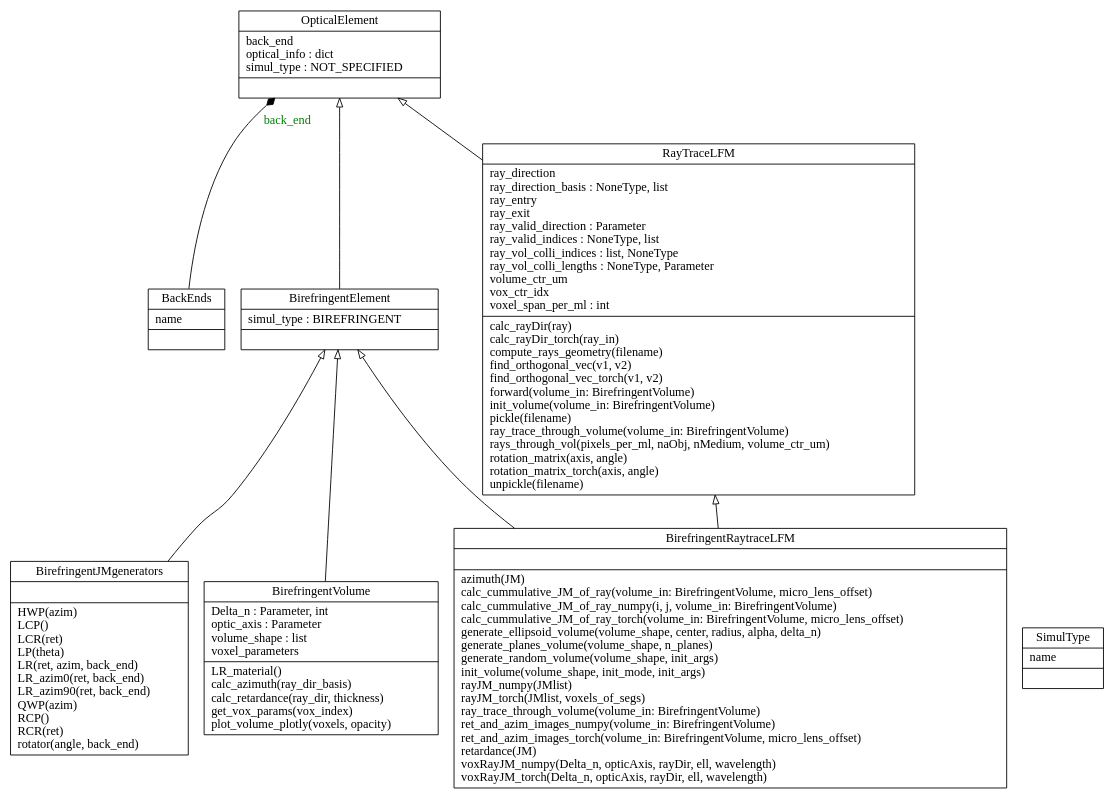
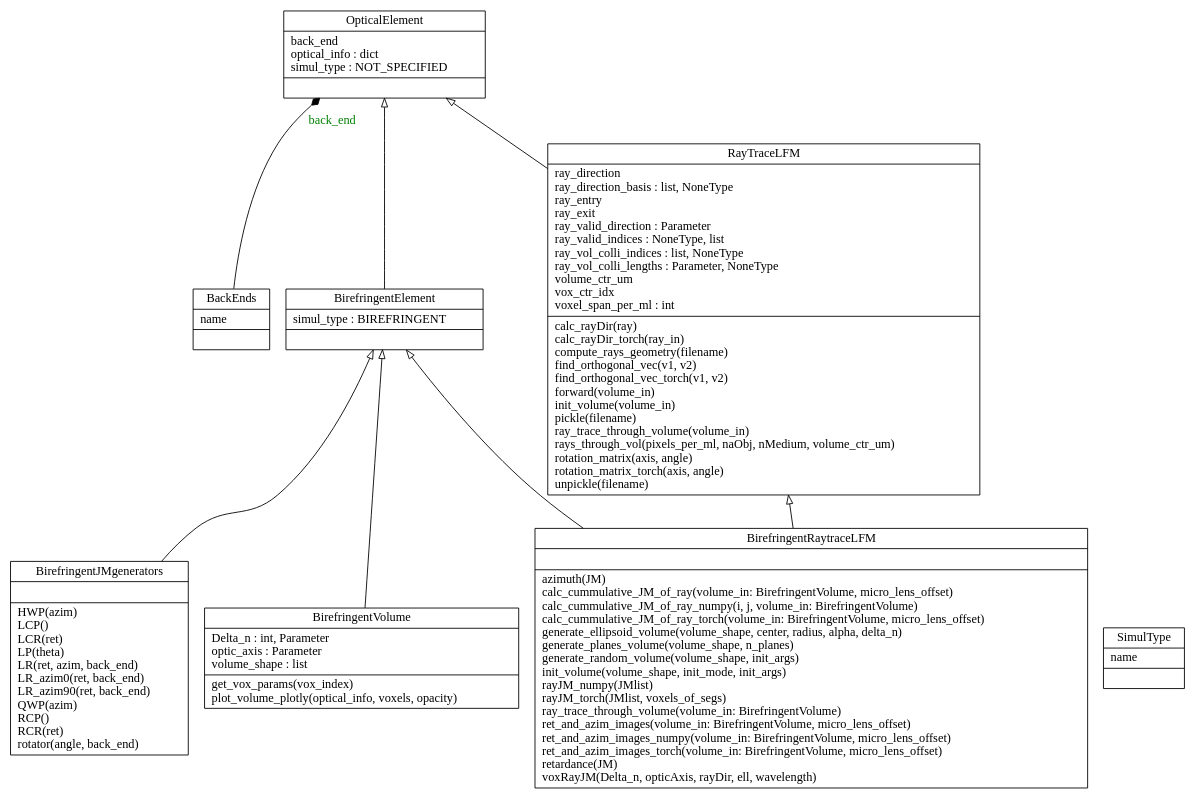
The diagram in classes.dot (PolarizedLightFieldMicroscopy/BirTomo), drawn with Graphviz before and after one commit. The commit also changed 2 other files, not shown here.

Commit message:
Moved azimuth and ret functions from BirefringentVolume to BirefringentRaytraceLFM

```diff
--- a/classes.dot
+++ b/classes.dot
@@ -1,19 +1,19 @@
 digraph "classes" {
 rankdir=BT
 charset="utf-8"
 "VolumeRaytraceLFM.abstract_classes.BackEnds" [color="black", fontcolor="black", label="{BackEnds|name\l|}", shape="record", style="solid"];
-"VolumeRaytraceLFM.abstract_classes.BirefringentElement" [color="black", fontcolor="black", label="{BirefringentElement|simul_type : BIREFRINGENT\l|}", shape="record", style="solid"];
-"VolumeRaytraceLFM.abstract_classes.BirefringentJMgenerators" [color="black", fontcolor="black", label="{BirefringentJMgenerators|\l|HWP(azim)\lLCP()\lLCR(ret)\lLP(theta)\lLR(ret, azim, back_end)\lLR_azim0(ret, back_end)\lLR_azim90(ret, back_end)\lQWP(azim)\lRCP()\lRCR(ret)\lrotator(angle, back_end)\l}", shape="record", style="solid"];
-"VolumeRaytraceLFM.birefringence_implementations.BirefringentRaytraceLFM" [color="black", fontcolor="black", label="{BirefringentRaytraceLFM|\l|azimuth(JM)\lcalc_cummulative_JM_of_ray(volume_in: BirefringentVolume, micro_lens_offset)\lcalc_cummulative_JM_of_ray_numpy(i, j, volume_in: BirefringentVolume)\lcalc_cummulative_JM_of_ray_torch(volume_in: BirefringentVolume, micro_lens_offset)\lgenerate_ellipsoid_volume(volume_shape, center, radius, alpha, delta_n)\lgenerate_planes_volume(volume_shape, n_planes)\lgenerate_random_volume(volume_shape, init_args)\linit_volume(volume_shape, init_mode, init_args)\lrayJM_numpy(JMlist)\lrayJM_torch(JMlist, voxels_of_segs)\lray_trace_through_volume(volume_in: BirefringentVolume)\lret_and_azim_images_numpy(volume_in: BirefringentVolume)\lret_and_azim_images_torch(volume_in: BirefringentVolume, micro_lens_offset)\lretardance(JM)\lvoxRayJM_numpy(Delta_n, opticAxis, rayDir, ell, wavelength)\lvoxRayJM_torch(Delta_n, opticAxis, rayDir, ell, wavelength)\l}", shape="record", style="solid"];
-"VolumeRaytraceLFM.abstract_classes.BirefringentVolume" [color="black", fontcolor="black", label="{BirefringentVolume|Delta_n : Parameter, int\loptic_axis : Parameter\lvolume_shape : list\lvoxel_parameters\l|LR_material()\lcalc_azimuth(ray_dir_basis)\lcalc_retardance(ray_dir, thickness)\lget_vox_params(vox_index)\lplot_volume_plotly(voxels, opacity)\l}", shape="record", style="solid"];
+"VolumeRaytraceLFM.birefringence_implementations.BirefringentElement" [color="black", fontcolor="black", label="{BirefringentElement|simul_type : BIREFRINGENT\l|}", shape="record", style="solid"];
+"VolumeRaytraceLFM.birefringence_implementations.BirefringentJMgenerators" [color="black", fontcolor="black", label="{BirefringentJMgenerators|\l|HWP(azim)\lLCP()\lLCR(ret)\lLP(theta)\lLR(ret, azim, back_end)\lLR_azim0(ret, back_end)\lLR_azim90(ret, back_end)\lQWP(azim)\lRCP()\lRCR(ret)\lrotator(angle, back_end)\l}", shape="record", style="solid"];
+"VolumeRaytraceLFM.birefringence_implementations.BirefringentRaytraceLFM" [color="black", fontcolor="black", label="{BirefringentRaytraceLFM|\l|azimuth(JM)\lcalc_cummulative_JM_of_ray(volume_in: BirefringentVolume, micro_lens_offset)\lcalc_cummulative_JM_of_ray_numpy(i, j, volume_in: BirefringentVolume)\lcalc_cummulative_JM_of_ray_torch(volume_in: BirefringentVolume, micro_lens_offset)\lgenerate_ellipsoid_volume(volume_shape, center, radius, alpha, delta_n)\lgenerate_planes_volume(volume_shape, n_planes)\lgenerate_random_volume(volume_shape, init_args)\linit_volume(volume_shape, init_mode, init_args)\lrayJM_numpy(JMlist)\lrayJM_torch(JMlist, voxels_of_segs)\lray_trace_through_volume(volume_in: BirefringentVolume)\lret_and_azim_images(volume_in: BirefringentVolume, micro_lens_offset)\lret_and_azim_images_numpy(volume_in: BirefringentVolume, micro_lens_offset)\lret_and_azim_images_torch(volume_in: BirefringentVolume, micro_lens_offset)\lretardance(JM)\lvoxRayJM(Delta_n, opticAxis, rayDir, ell, wavelength)\l}", shape="record", style="solid"];
+"VolumeRaytraceLFM.birefringence_implementations.BirefringentVolume" [color="black", fontcolor="black", label="{BirefringentVolume|Delta_n : int, Parameter\loptic_axis : Parameter\lvolume_shape : list\l|get_vox_params(vox_index)\lplot_volume_plotly(optical_info, voxels, opacity)\l}", shape="record", style="solid"];
 "VolumeRaytraceLFM.abstract_classes.OpticalElement" [color="black", fontcolor="black", label="{OpticalElement|back_end\loptical_info : dict\lsimul_type : NOT_SPECIFIED\l|}", shape="record", style="solid"];
-"VolumeRaytraceLFM.abstract_classes.RayTraceLFM" [color="black", fontcolor="black", label="{RayTraceLFM|ray_direction\lray_direction_basis : NoneType, list\lray_entry\lray_exit\lray_valid_direction : Parameter\lray_valid_indices : NoneType, list\lray_vol_colli_indices : list, NoneType\lray_vol_colli_lengths : NoneType, Parameter\lvolume_ctr_um\lvox_ctr_idx\lvoxel_span_per_ml : int\l|calc_rayDir(ray)\lcalc_rayDir_torch(ray_in)\lcompute_rays_geometry(filename)\lfind_orthogonal_vec(v1, v2)\lfind_orthogonal_vec_torch(v1, v2)\lforward(volume_in: BirefringentVolume)\linit_volume(volume_in: BirefringentVolume)\lpickle(filename)\lray_trace_through_volume(volume_in: BirefringentVolume)\lrays_through_vol(pixels_per_ml, naObj, nMedium, volume_ctr_um)\lrotation_matrix(axis, angle)\lrotation_matrix_torch(axis, angle)\lunpickle(filename)\l}", shape="record", style="solid"];
+"VolumeRaytraceLFM.abstract_classes.RayTraceLFM" [color="black", fontcolor="black", label="{RayTraceLFM|ray_direction\lray_direction_basis : list, NoneType\lray_entry\lray_exit\lray_valid_direction : Parameter\lray_valid_indices : NoneType, list\lray_vol_colli_indices : list, NoneType\lray_vol_colli_lengths : Parameter, NoneType\lvolume_ctr_um\lvox_ctr_idx\lvoxel_span_per_ml : int\l|calc_rayDir(ray)\lcalc_rayDir_torch(ray_in)\lcompute_rays_geometry(filename)\lfind_orthogonal_vec(v1, v2)\lfind_orthogonal_vec_torch(v1, v2)\lforward(volume_in)\linit_volume(volume_in)\lpickle(filename)\lray_trace_through_volume(volume_in)\lrays_through_vol(pixels_per_ml, naObj, nMedium, volume_ctr_um)\lrotation_matrix(axis, angle)\lrotation_matrix_torch(axis, angle)\lunpickle(filename)\l}", shape="record", style="solid"];
 "VolumeRaytraceLFM.abstract_classes.SimulType" [color="black", fontcolor="black", label="{SimulType|name\l|}", shape="record", style="solid"];
-"VolumeRaytraceLFM.abstract_classes.BirefringentElement" -> "VolumeRaytraceLFM.abstract_classes.OpticalElement" [arrowhead="empty", arrowtail="none"];
-"VolumeRaytraceLFM.abstract_classes.BirefringentJMgenerators" -> "VolumeRaytraceLFM.abstract_classes.BirefringentElement" [arrowhead="empty", arrowtail="none"];
-"VolumeRaytraceLFM.abstract_classes.BirefringentVolume" -> "VolumeRaytraceLFM.abstract_classes.BirefringentElement" [arrowhead="empty", arrowtail="none"];
 "VolumeRaytraceLFM.abstract_classes.RayTraceLFM" -> "VolumeRaytraceLFM.abstract_classes.OpticalElement" [arrowhead="empty", arrowtail="none"];
-"VolumeRaytraceLFM.birefringence_implementations.BirefringentRaytraceLFM" -> "VolumeRaytraceLFM.abstract_classes.BirefringentElement" [arrowhead="empty", arrowtail="none"];
+"VolumeRaytraceLFM.birefringence_implementations.BirefringentElement" -> "VolumeRaytraceLFM.abstract_classes.OpticalElement" [arrowhead="empty", arrowtail="none"];
+"VolumeRaytraceLFM.birefringence_implementations.BirefringentJMgenerators" -> "VolumeRaytraceLFM.birefringence_implementations.BirefringentElement" [arrowhead="empty", arrowtail="none"];
 "VolumeRaytraceLFM.birefringence_implementations.BirefringentRaytraceLFM" -> "VolumeRaytraceLFM.abstract_classes.RayTraceLFM" [arrowhead="empty", arrowtail="none"];
+"VolumeRaytraceLFM.birefringence_implementations.BirefringentRaytraceLFM" -> "VolumeRaytraceLFM.birefringence_implementations.BirefringentElement" [arrowhead="empty", arrowtail="none"];
+"VolumeRaytraceLFM.birefringence_implementations.BirefringentVolume" -> "VolumeRaytraceLFM.birefringence_implementations.BirefringentElement" [arrowhead="empty", arrowtail="none"];
 "VolumeRaytraceLFM.abstract_classes.BackEnds" -> "VolumeRaytraceLFM.abstract_classes.OpticalElement" [arrowhead="diamond", arrowtail="none", fontcolor="green", label="back_end", style="solid"];
 }
```
